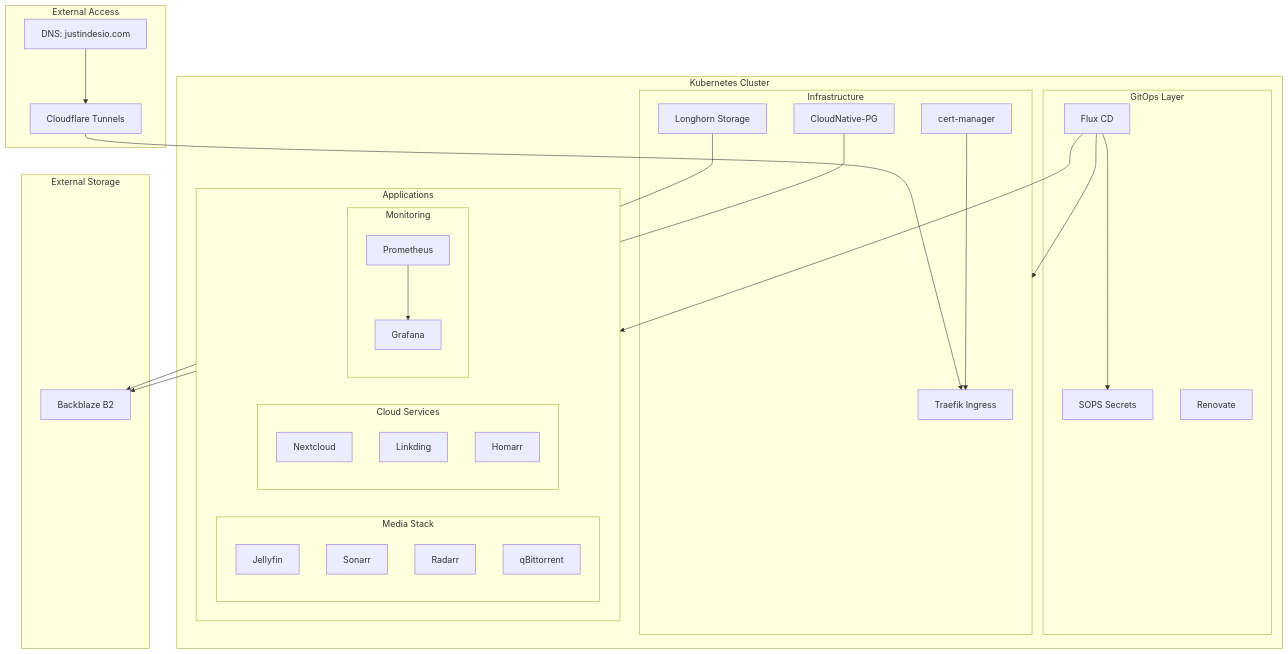
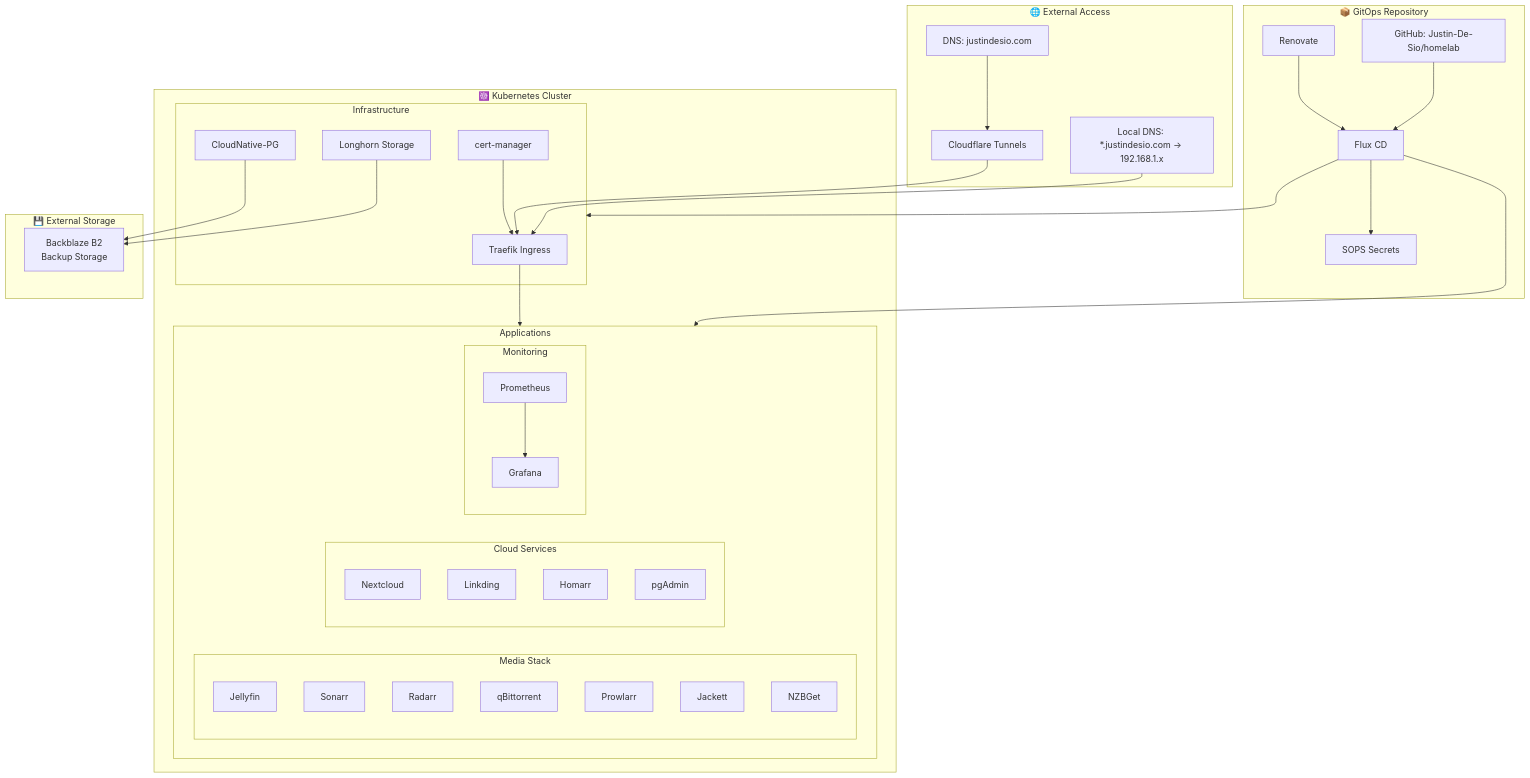
The diagram in README.md (Justin-De-Sio/homelab), drawn with Mermaid before and after one commit. The commit also changed other lines of this file, not shown here.

Commit message:
docs(readme): enhance architecture diagram with improved labels and additional components for clarity

````diff
--- a/README.md
+++ b/README.md
@@ -28,56 +28,75 @@
 ```mermaid
 graph TB
-    subgraph "External Access"
+    subgraph "🌐 External Access"
         CF[Cloudflare Tunnels]
         DNS[DNS: justindesio.com]
+        LOCAL[Local DNS: *.justindesio.com → 192.168.1.x]
     end
     
-    subgraph "Kubernetes Cluster"
-        subgraph "GitOps Layer"
-            FLUX[Flux CD]
-            SOPS[SOPS Secrets]
-            RENO[Renovate]
-        end
-        
+    subgraph "📦 GitOps Repository"
+        REPO[GitHub: Justin-De-Sio/homelab]
+        FLUX[Flux CD]
+        SOPS[SOPS Secrets]
+        RENO[Renovate]
+    end
+    
+    subgraph "☸️ Kubernetes Cluster"
         subgraph "Infrastructure"
             TRAF[Traefik Ingress]
             CERT[cert-manager]
             LONG[Longhorn Storage]
             CNPG[CloudNative-PG]
         end
         
         subgraph "Applications"
             subgraph "Media Stack"
                 JELLY[Jellyfin]
                 SONARR[Sonarr]
                 RADARR[Radarr]
                 QBIT[qBittorrent]
+                PROWL[Prowlarr]
+                JACK[Jackett]
+                NZB[NZBGet]
             end
             
             subgraph "Cloud Services"
                 NC[Nextcloud]
                 LINK[Linkding]
                 HOM[Homarr]
+                PGA[pgAdmin]
             end
             
             subgraph "Monitoring"
                 PROM[Prometheus]
                 GRAF[Grafana]
             end
         end
     end
     
-    subgraph "External Storage"
-        B2[Backblaze B2]
+    subgraph "💾 External Storage"
+        B2[Backblaze B2<br/>Backup Storage]
     end
     
+    %% External Access Flow
+    DNS --> CF
+    LOCAL --> TRAF
     CF --> TRAF
-    DNS --> CF
+    
+    %% GitOps Flow
+    REPO --> FLUX
+    RENO --> FLUX
     FLUX --> SOPS
     FLUX --> Infrastructure
     FLUX --> Applications
+    
+    %% Infrastructure Flow
     CERT --> TRAF
+    TRAF --> Applications
+    
+    %% Backup Flow
     LONG --> B2
     CNPG --> B2
+    
+    %% Monitoring Flow
     PROM --> GRAF
 ```
````
